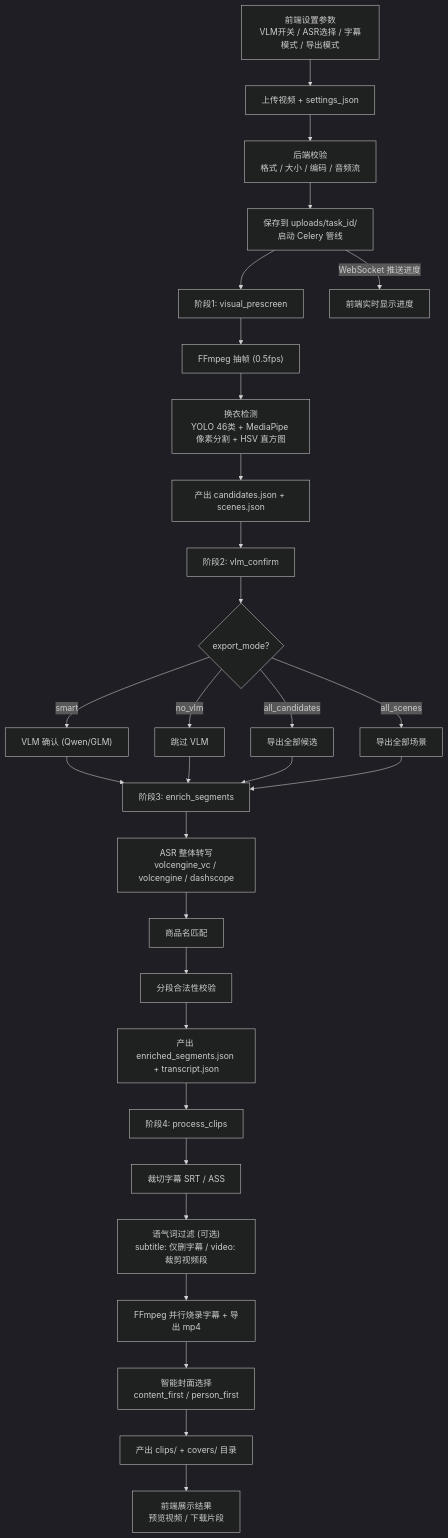
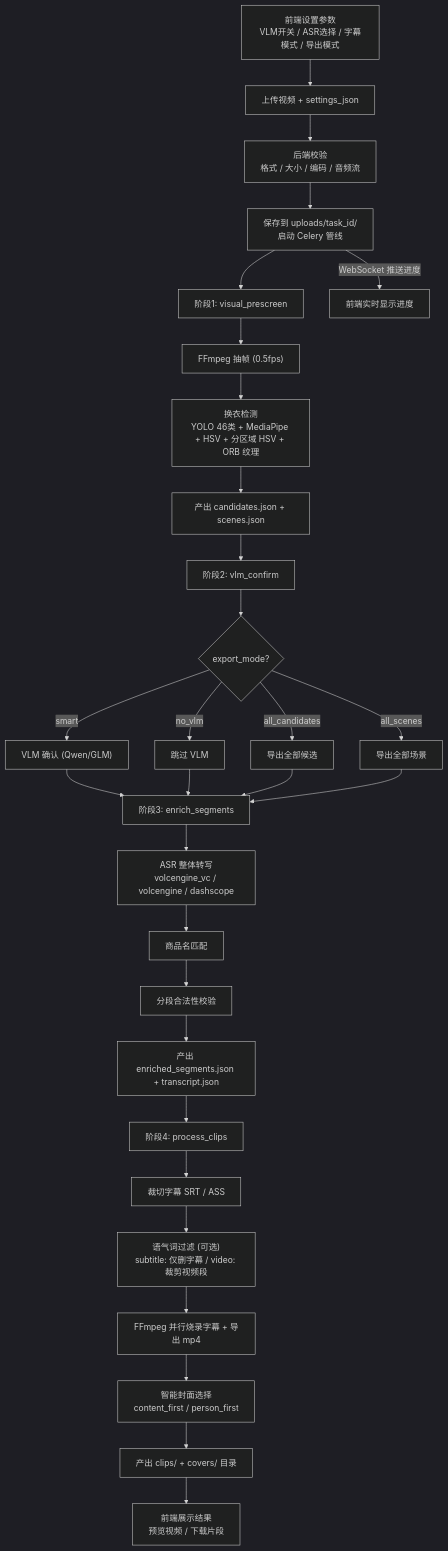
Before and after one commit to ShellMonster/LiveVideoCut: the second of 2 diagrams in README.md, drawn with Mermaid (dark theme). The commit also changed other lines of this file and 2 other files, not shown here.

````diff
--- a/README.md
+++ b/README.md
@@ -77,38 +77,38 @@
 ```mermaid
 graph TD
     A["前端设置参数<br/>VLM开关 / ASR选择 / 字幕模式 / 导出模式"] --> B["上传视频 + settings_json"]
     B --> C["后端校验<br/>格式 / 大小 / 编码 / 音频流"]
     C --> D["保存到 uploads/task_id/<br/>启动 Celery 管线"]
 
     D --> E["阶段1: visual_prescreen"]
     E --> E1["FFmpeg 抽帧 (0.5fps)"]
-    E1 --> E2["换衣检测<br/>YOLO 46类 + MediaPipe 像素分割 + HSV 直方图"]
+    E1 --> E2["换衣检测<br/>YOLO 46类 + MediaPipe + HSV + 分区域 HSV + ORB 纹理"]
     E2 --> E3["产出 candidates.json + scenes.json"]
 
     E3 --> F["阶段2: vlm_confirm"]
     F --> F1{"export_mode?"}
     F1 -->|"smart"| F2["VLM 确认 (Qwen/GLM)"]
     F1 -->|"no_vlm"| F3["跳过 VLM"]
     F1 -->|"all_candidates"| F4["导出全部候选"]
     F1 -->|"all_scenes"| F5["导出全部场景"]
 
     F2 --> G["阶段3: enrich_segments"]
     F3 --> G
     F4 --> G
     F5 --> G
 
     G --> G1["ASR 整体转写<br/>volcengine_vc / volcengine / dashscope"]
     G1 --> G2["商品名匹配"]
     G2 --> G3["分段合法性校验"]
     G3 --> G4["产出 enriched_segments.json + transcript.json"]
 
     G4 --> H["阶段4: process_clips"]
     H --> H1["裁切字幕 SRT / ASS"]
     H1 --> H2["语气词过滤 (可选)<br/>subtitle: 仅删字幕 / video: 裁剪视频段"]
     H2 --> H3["FFmpeg 并行烧录字幕 + 导出 mp4"]
     H3 --> H4["智能封面选择<br/>content_first / person_first"]
     H4 --> H5["产出 clips/ + covers/ 目录"]
 
     D -->|"WebSocket 推送进度"| W["前端实时显示进度"]
     H5 --> R["前端展示结果<br/>预览视频 / 下载片段"]
 ```
````
